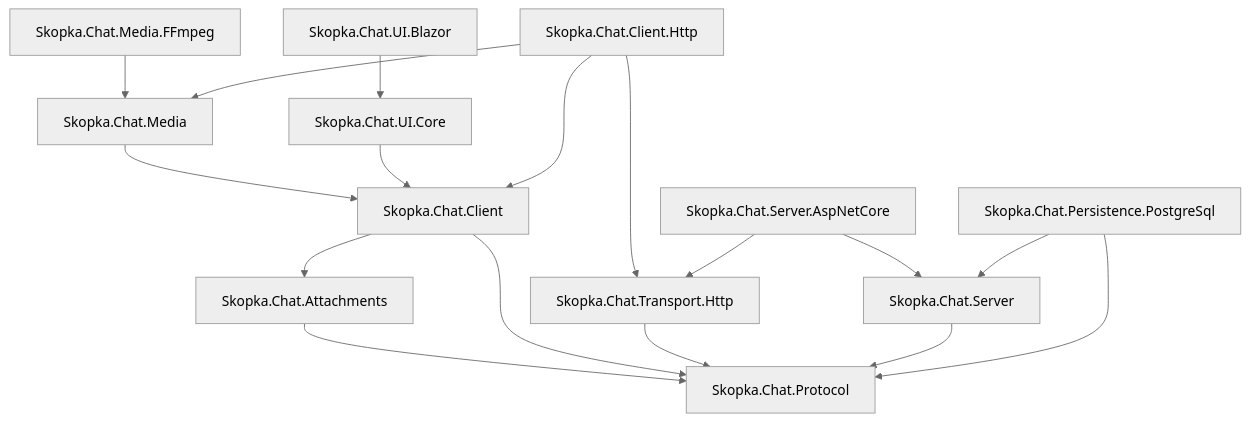
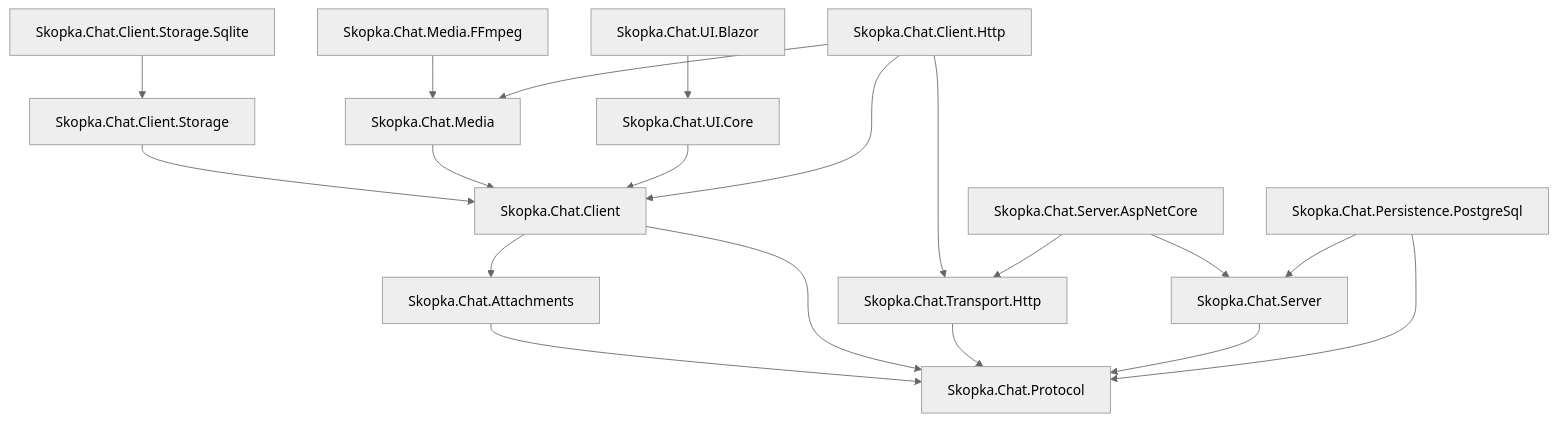
The diagram in docs/development.md (skopka/chat), drawn with Mermaid (neutral theme) before and after one commit. The commit also changed other lines of this file and 45 other files, not shown here.

````diff
--- a/docs/development.md
+++ b/docs/development.md
@@ -17,20 +17,22 @@
 ```mermaid
 flowchart TD
     Protocol[Skopka.Chat.Protocol]
     Attachments[Skopka.Chat.Attachments] --> Protocol
     Client[Skopka.Chat.Client] --> Protocol
     Client --> Attachments
+    ClientStorage[Skopka.Chat.Client.Storage] --> Client
+    ClientSqlite[Skopka.Chat.Client.Storage.Sqlite] --> ClientStorage
     Media[Skopka.Chat.Media] --> Client
     Ffmpeg[Skopka.Chat.Media.FFmpeg] --> Media
     UiCore[Skopka.Chat.UI.Core] --> Client
     UiBlazor[Skopka.Chat.UI.Blazor] --> UiCore
     HttpContract[Skopka.Chat.Transport.Http] --> Protocol
     HttpClient[Skopka.Chat.Client.Http] --> Client
     HttpClient --> Media
     HttpClient --> HttpContract
     Server[Skopka.Chat.Server] --> Protocol
     AspNet[Skopka.Chat.Server.AspNetCore] --> Server
     AspNet --> HttpContract
     Persistence[Skopka.Chat.Persistence.PostgreSql] --> Server
     Persistence --> Protocol
 ```
````
